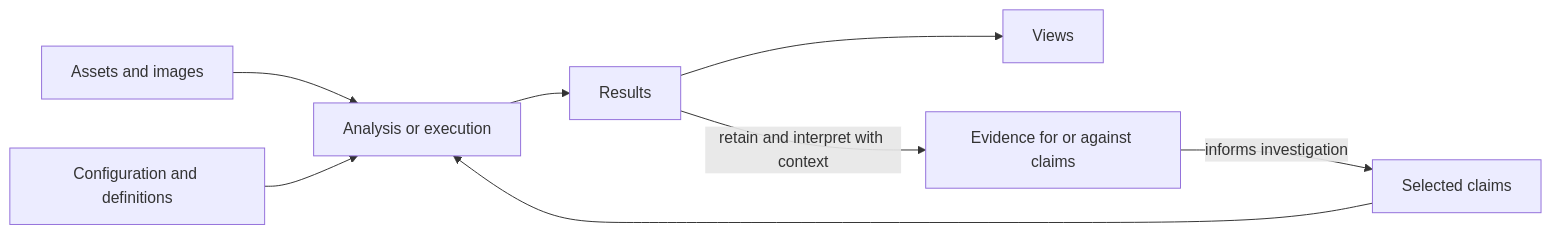
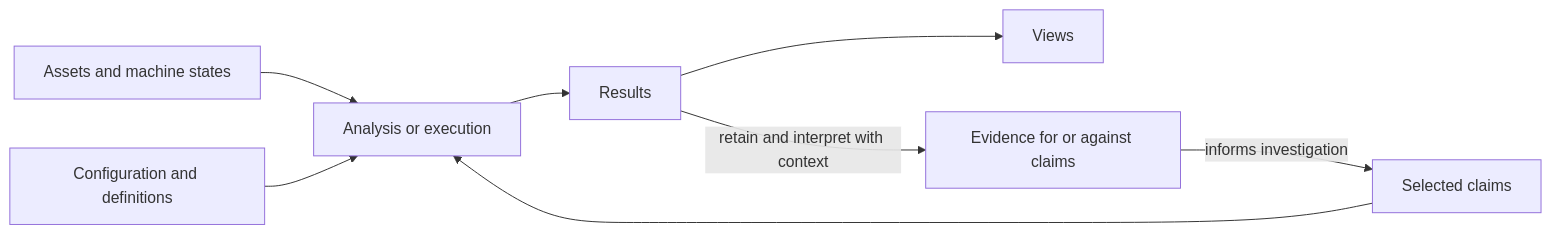
One commit to re64/re64 changed the diagram in docs/02-architecture.md. Above: the diagram before and after it, drawn with Mermaid. The commit also changed other lines of this file and 13 other files, not shown here.

````diff
--- a/docs/02-architecture.md
+++ b/docs/02-architecture.md
@@ -309,10 +309,10 @@
 ```mermaid
 flowchart LR
-    M[Assets and images] --> A[Analysis or execution]
+    M[Assets and machine states] --> A[Analysis or execution]
     C[Configuration and definitions] --> A
     K[Selected claims] --> A
     A --> R[Results]
     R --> V[Views]
     R -->|retain and interpret with context| E[Evidence for or against claims]
     E -->|informs investigation| K
 ```
````
